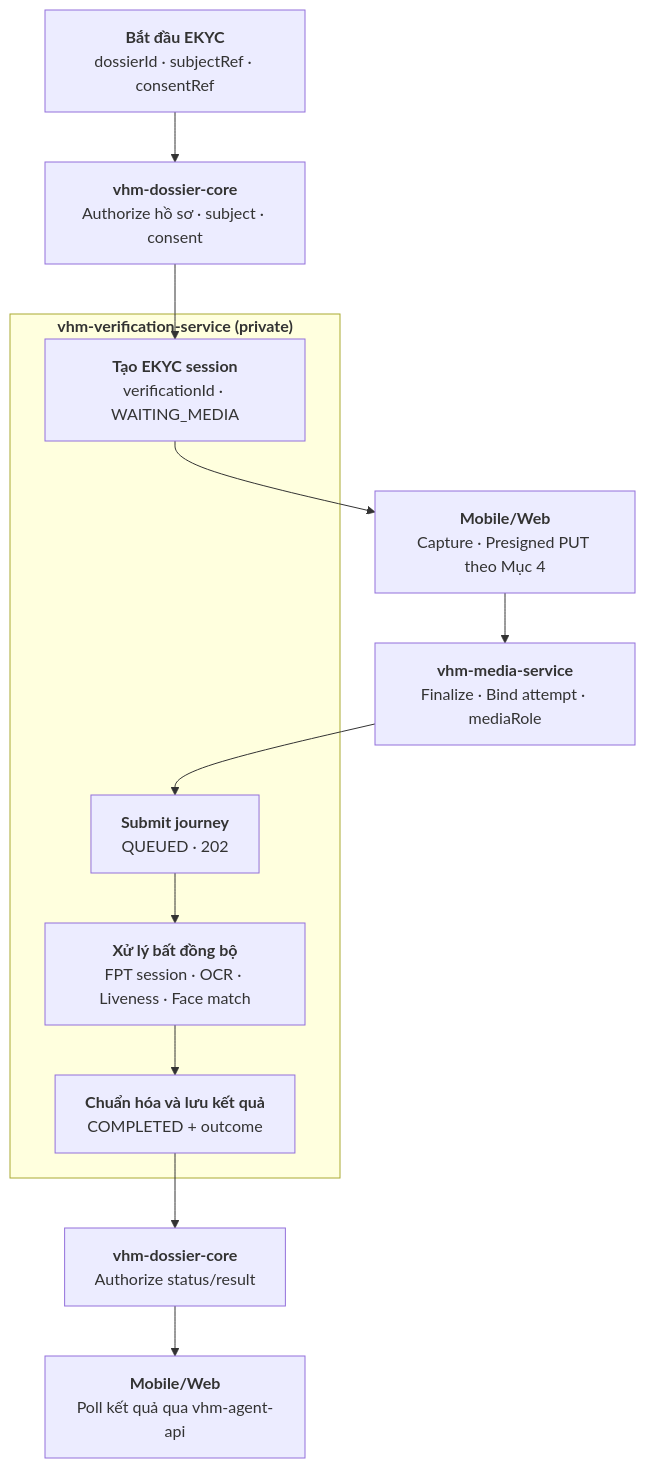
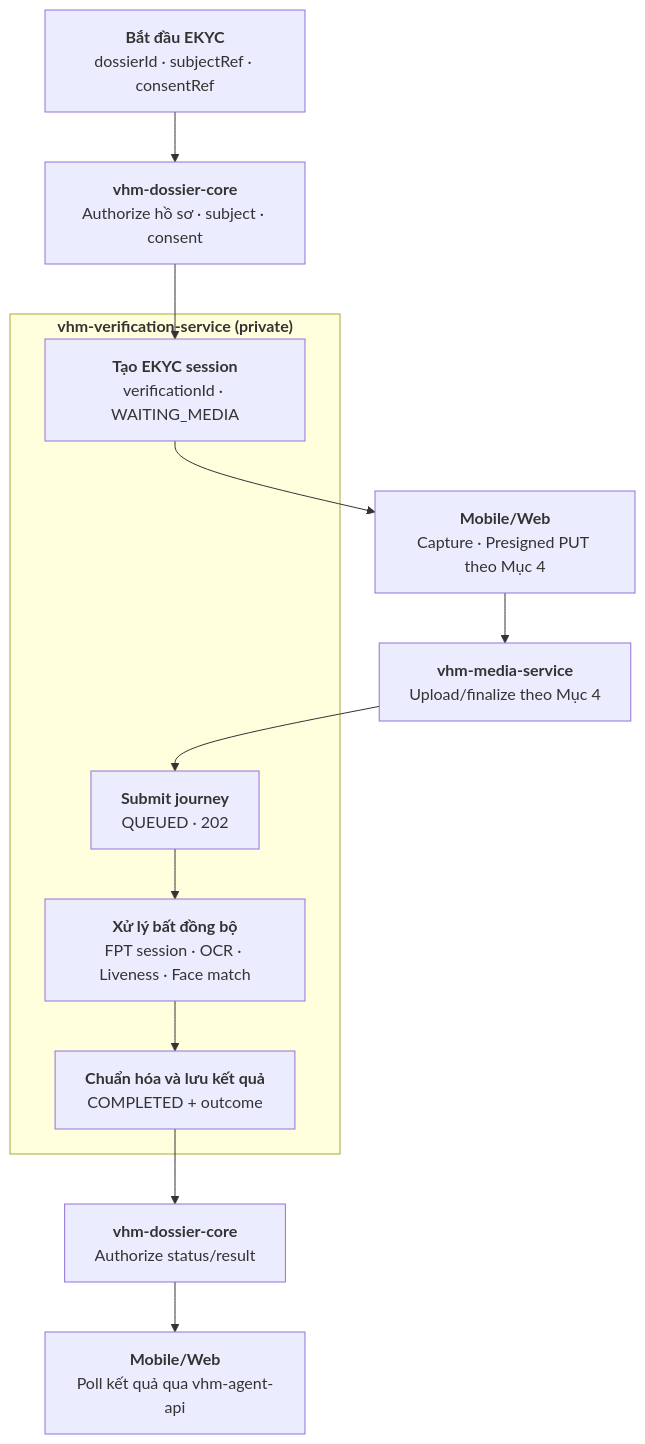
Before and after one commit to huynv-xyz/vhm: the sixth of 8 diagrams in noxh.md, drawn with Mermaid. The commit also changed other lines of this file, not shown here.

````diff
--- a/noxh.md
+++ b/noxh.md
@@ -330,30 +324,30 @@
 ```mermaid
 flowchart TD
     START["`**Bắt đầu EKYC**
 dossierId · subjectRef · consentRef`"]
     AUTHORIZE["`**vhm-dossier-core**
 Authorize hồ sơ · subject · consent`"]
     subgraph VERIFY["`**vhm-verification-service (private)**`"]
         SESSION["`**Tạo EKYC session**
 verificationId · WAITING_MEDIA`"]
         SUBMIT["`**Submit journey**
 QUEUED · 202`"]
         PROCESS["`**Xử lý bất đồng bộ**
 FPT session · OCR · Liveness · Face match`"]
         RESULT["`**Chuẩn hóa và lưu kết quả**
 COMPLETED + outcome`"]
 
         SUBMIT --> PROCESS --> RESULT
     end
     CAPTURE["`**Mobile/Web**
 Capture · Presigned PUT theo Mục 4`"]
     MEDIA_SERVICE["`**vhm-media-service**
-Finalize · Bind attempt · mediaRole`"]
+Upload/finalize theo Mục 4`"]
     QUERY["`**vhm-dossier-core**
 Authorize status/result`"]
     CLIENT["`**Mobile/Web**
 Poll kết quả qua vhm-agent-api`"]
 
     START --> AUTHORIZE --> SESSION --> CAPTURE --> MEDIA_SERVICE --> SUBMIT
     RESULT --> QUERY --> CLIENT
 ```
````
